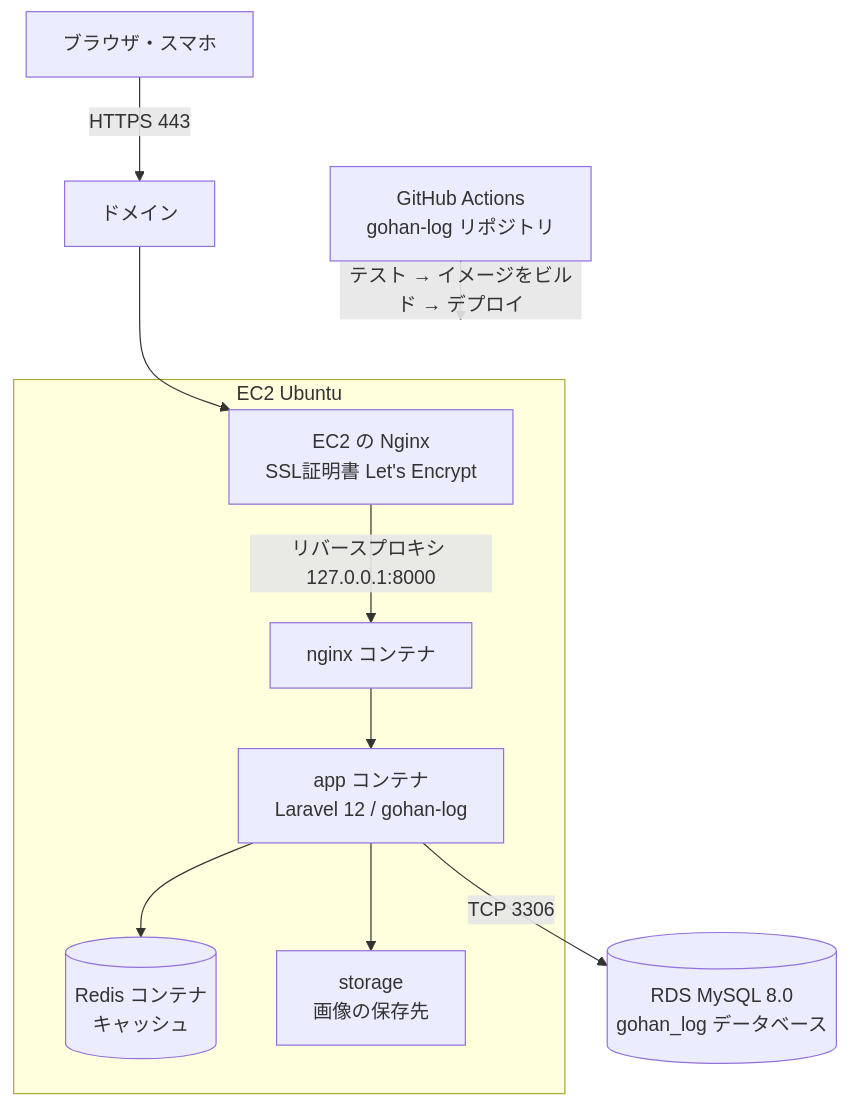
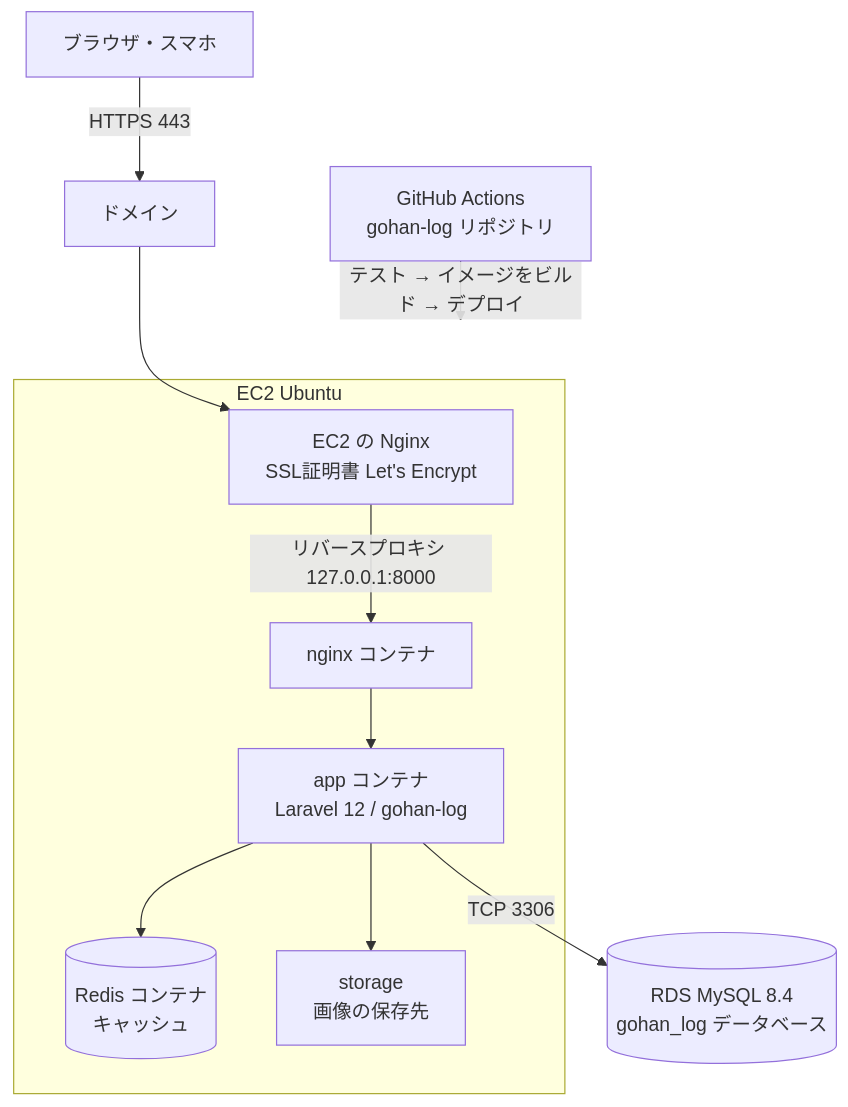
One commit to yunabuilds/gohan-log changed the diagram in docs/05_infrastructure/infrastructure.md. Above: the diagram before and after it, drawn with Mermaid. The commit also changed other lines of this file and 12 other files, not shown here.

````diff
--- a/docs/05_infrastructure/infrastructure.md
+++ b/docs/05_infrastructure/infrastructure.md
@@ -9,13 +9,13 @@
 ```mermaid
 graph TB
     Client[ブラウザ・スマホ] -->|HTTPS 443| Domain[ドメイン]
     Domain --> Nginx[EC2 の Nginx<br>SSL証明書 Let's Encrypt]
     subgraph EC2[EC2 Ubuntu]
         Nginx -->|リバースプロキシ 127.0.0.1:8000| WebC[nginx コンテナ]
         WebC --> App[app コンテナ<br>Laravel 12 / gohan-log]
         App --> Redis[(Redis コンテナ<br>キャッシュ)]
         App --> Storage[storage<br>画像の保存先]
     end
-    App -->|TCP 3306| RDS[(RDS MySQL 8.0<br>gohan_log データベース)]
+       App -->|TCP 3306| RDS[(RDS MySQL 8.4<br>gohan_log データベース)]
     GHA[GitHub Actions<br>gohan-log リポジトリ] -->|テスト → イメージをビルド → デプロイ| EC2
 ```
````
